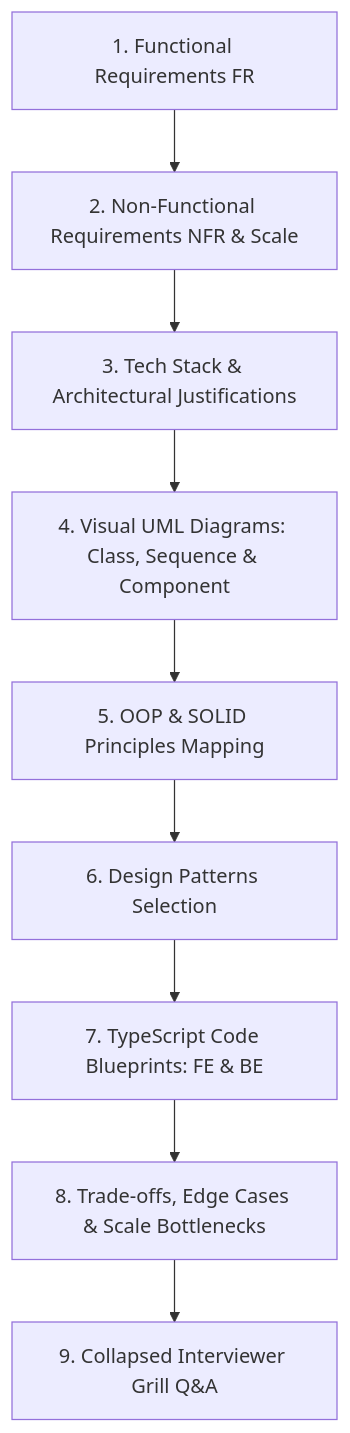
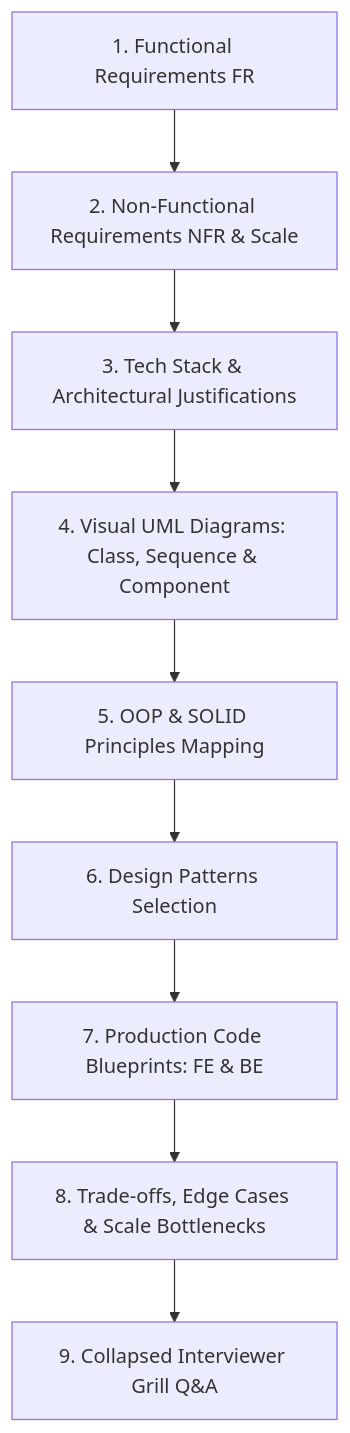
Before and after one commit to kumaratul60/System-Design: the diagram in Prep/07-Problem-Bank/README.md, drawn with Mermaid. The commit also changed other lines of this file and 67 other files, not shown here.

First line of the commit message:
Add design blueprint for X (Twitter) trends and hybrid timeline system

````diff
--- a/Prep/07-Problem-Bank/README.md
+++ b/Prep/07-Problem-Bank/README.md
@@ -26,11 +149,11 @@
 ```mermaid
 flowchart TD
     Step1[1. Functional Requirements FR] --> Step2[2. Non-Functional Requirements NFR & Scale]
     Step2 --> Step3[3. Tech Stack & Architectural Justifications]
     Step3 --> Step4[4. Visual UML Diagrams: Class, Sequence & Component]
     Step4 --> Step5[5. OOP & SOLID Principles Mapping]
     Step5 --> Step6[6. Design Patterns Selection]
-    Step6 --> Step7[7. TypeScript Code Blueprints: FE & BE]
+    Step6 --> Step7[7. Production Code Blueprints: FE & BE]
     Step7 --> Step8[8. Trade-offs, Edge Cases & Scale Bottlenecks]
     Step8 --> Step9[9. Collapsed Interviewer Grill Q&A]
 ```
````
